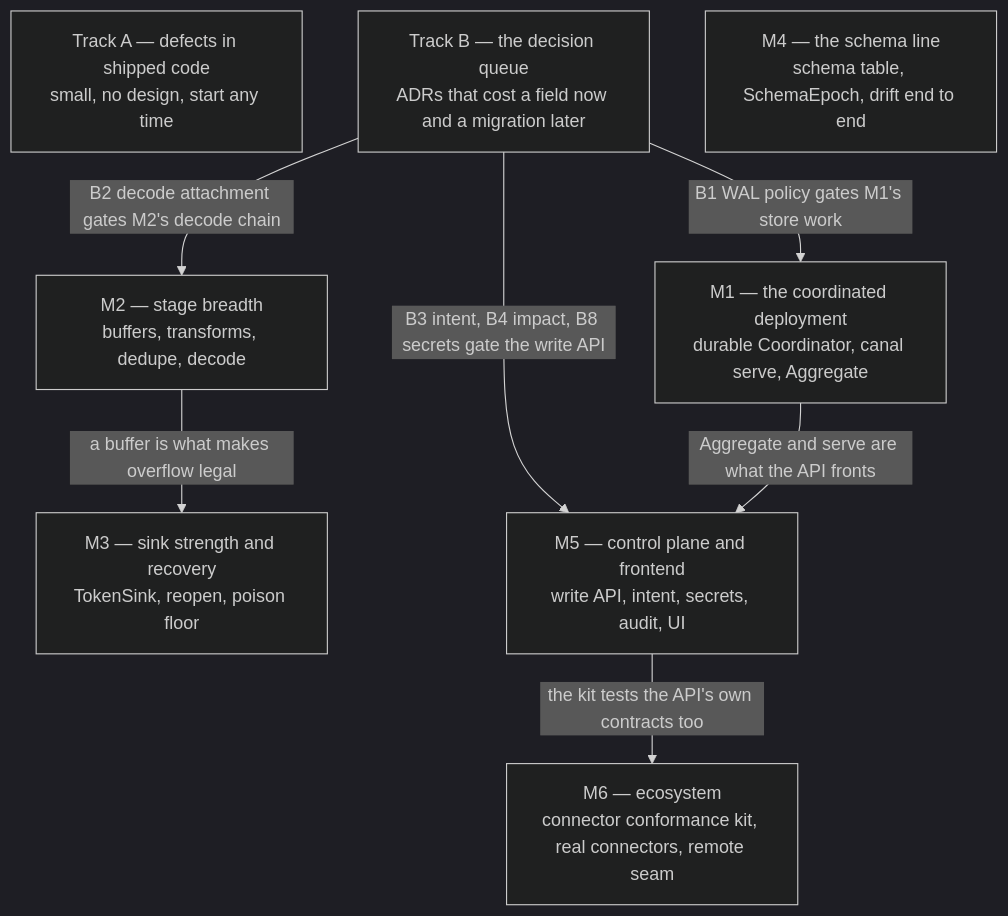
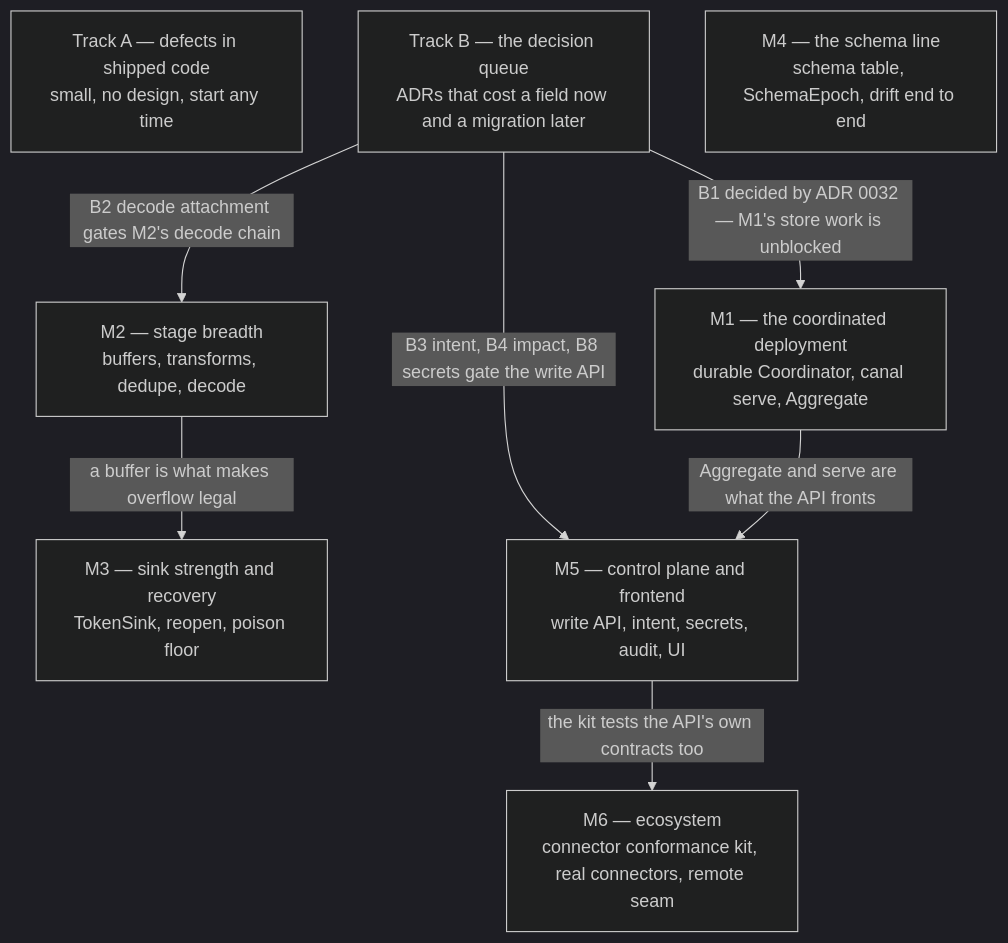
One commit to BernardoCSACarreira/canal changed the diagram in docs/ROADMAP.md. Above: the diagram before and after it, drawn with Mermaid (dark theme). The commit also changed other lines of this file and 3 other files, not shown here.

First line of the commit message:
ADR 0032: version the WAL container, one step back, migrate at Open

````diff
--- a/docs/ROADMAP.md
+++ b/docs/ROADMAP.md
@@ -24,18 +24,18 @@
 ```mermaid
 flowchart TB
     A["Track A — defects in shipped code<br/>small, no design, start any time"]
     B["Track B — the decision queue<br/>ADRs that cost a field now and a migration later"]
     M1["M1 — the coordinated deployment<br/>durable Coordinator, canal serve, Aggregate"]
     M2["M2 — stage breadth<br/>buffers, transforms, dedupe, decode"]
     M3["M3 — sink strength and recovery<br/>TokenSink, reopen, poison floor"]
     M4["M4 — the schema line<br/>schema table, SchemaEpoch, drift end to end"]
     M5["M5 — control plane and frontend<br/>write API, intent, secrets, audit, UI"]
     M6["M6 — ecosystem<br/>connector conformance kit, real connectors, remote seam"]
 
-    B -->|"B1 WAL policy gates M1's store work"| M1
+    B -->|"B1 decided by ADR 0032 — M1's store work is unblocked"| M1
     B -->|"B2 decode attachment gates M2's decode chain"| M2
     B -->|"B3 intent, B4 impact, B8 secrets gate the write API"| M5
     M1 -->|"Aggregate and serve are what the API fronts"| M5
     M2 -->|"a buffer is what makes overflow legal"| M3
     M5 -->|"the kit tests the API's own contracts too"| M6
 ```
````
